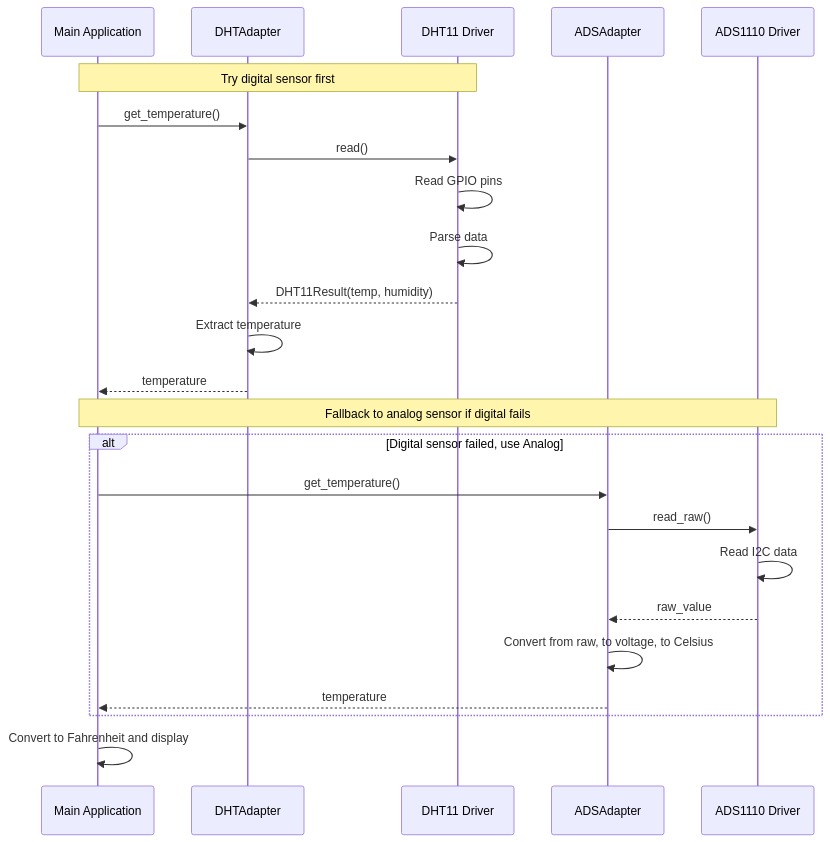
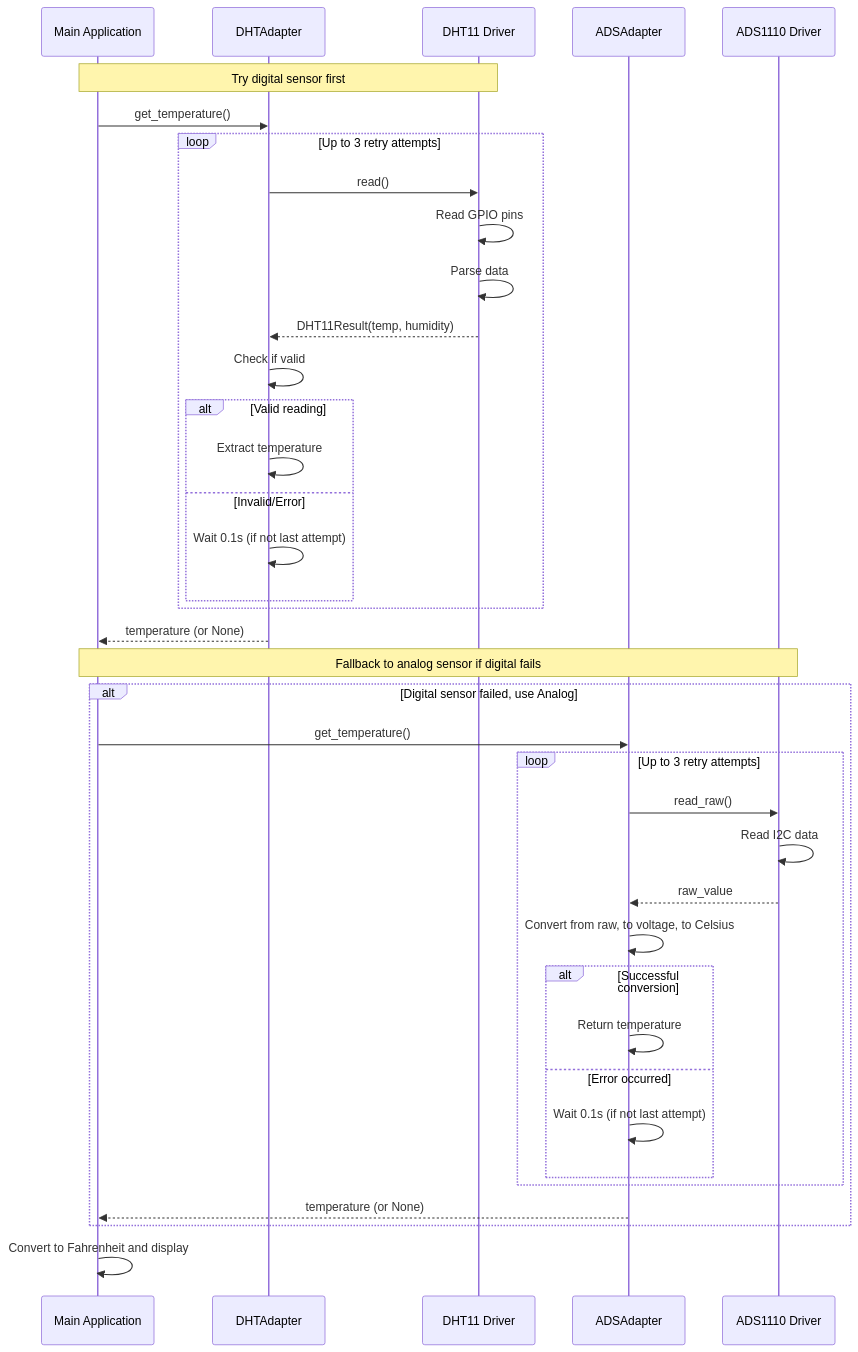
The diagram in Diagrams/sequenceDiagram.md (XavierGSSchool/simple-factory), drawn with Mermaid before and after one commit. The commit also changed 1 other file, not shown here.

Commit message:
Only changed Sequence diagram to reflect code change & and updated screenshot for it

````diff
--- a/Diagrams/sequenceDiagram.md
+++ b/Diagrams/sequenceDiagram.md
@@ -1,35 +1,52 @@
 ```mermaid
 sequenceDiagram
     %% PARTICIPANTS
     participant Main as Main Application
     participant DHTAdapter as DHTAdapter
     participant DHT11 as DHT11 Driver
     participant ADSAdapter as ADSAdapter
     participant ADS1110 as ADS1110 Driver
 
 
-    %% Defualt block with digital sensor first (arrow connections)
+    %% Default block with digital sensor first (arrow connections)
    Note over Main,DHT11: Try digital sensor first
     Main->>DHTAdapter: get_temperature()
-    DHTAdapter->>DHT11: read()
-    DHT11->>DHT11: Read GPIO pins
-    DHT11->>DHT11: Parse data
-    DHT11-->>DHTAdapter: DHT11Result(temp, humidity)
-    DHTAdapter->>DHTAdapter: Extract temperature
-    DHTAdapter-->>Main: temperature
+
+    loop Up to 3 retry attempts
+        DHTAdapter->>DHT11: read()
+        DHT11->>DHT11: Read GPIO pins
+        DHT11->>DHT11: Parse data
+        DHT11-->>DHTAdapter: DHT11Result(temp, humidity)
+        DHTAdapter->>DHTAdapter: Check if valid
+        alt Valid reading
+            DHTAdapter->>DHTAdapter: Extract temperature
+        else Invalid/Error
+            DHTAdapter->>DHTAdapter: Wait 0.1s (if not last attempt)
+        end
+    end
+
+    DHTAdapter-->>Main: temperature (or None)
 
     %% ALT block or else digital sensor fails
     Note over Main,ADS1110: Fallback to analog sensor if digital fails
     alt Digital sensor failed, use Analog
         Main->>ADSAdapter: get_temperature()
-        ADSAdapter->>ADS1110: read_raw()
-        ADS1110->>ADS1110: Read I2C data
-        ADS1110-->>ADSAdapter: raw_value
-        ADSAdapter->>ADSAdapter: Convert from raw, to voltage, to Celsius
-        ADSAdapter-->>Main: temperature
+
+        loop Up to 3 retry attempts
+            ADSAdapter->>ADS1110: read_raw()
+            ADS1110->>ADS1110: Read I2C data
+            ADS1110-->>ADSAdapter: raw_value
+            ADSAdapter->>ADSAdapter: Convert from raw, to voltage, to Celsius
+            alt Successful conversion
+                ADSAdapter->>ADSAdapter: Return temperature
+            else Error occurred
+                ADSAdapter->>ADSAdapter: Wait 0.1s (if not last attempt)
+            end
+        end
+
+        ADSAdapter-->>Main: temperature (or None)
     end
 
-    %% I beleive this is outside of alt block, so both ADS and DHT hit this to convert to Fahrenheit
+    %% I believe this is outside of alt block, so both ADS and DHT hit this to convert to Fahrenheit
     Main->>Main: Convert to Fahrenheit and display
-
 ```
````
